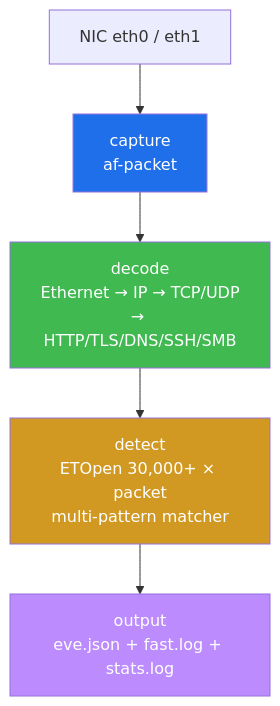
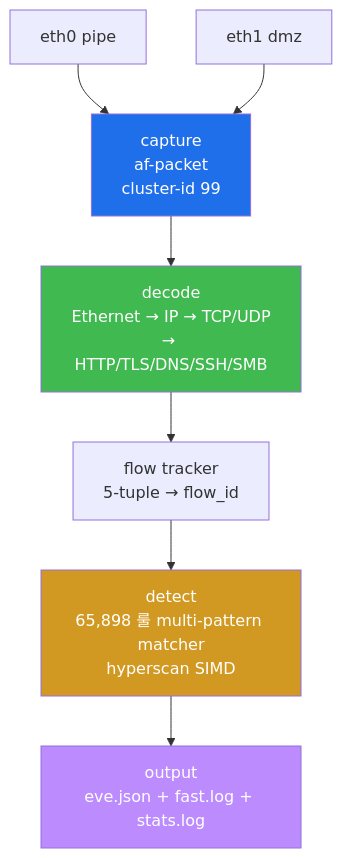
One commit to mrgrit/ccc changed the first of 3 diagrams in contents/standalone/lecture/secuops/week04.md. Above: the diagram before and after it, drawn with Mermaid. The commit also changed other lines of this file and 1 other file, not shown here.

````diff
--- a/contents/standalone/lecture/secuops/week04.md
+++ b/contents/standalone/lecture/secuops/week04.md
@@ -87,16 +140,20 @@
 ```mermaid
 graph TB
-    NIC[NIC eth0 / eth1]
-    CAP[capture<br/>af-packet]
+    NIC0[eth0 pipe]
+    NIC1[eth1 dmz]
+    CAP[capture<br/>af-packet<br/>cluster-id 99]
     DEC[decode<br/>Ethernet → IP → TCP/UDP<br/>→ HTTP/TLS/DNS/SSH/SMB]
-    DET[detect<br/>ETOpen 30,000+ × packet<br/>multi-pattern matcher]
+    FLOW[flow tracker<br/>5-tuple → flow_id]
+    DET[detect<br/>65,898 룰 multi-pattern matcher<br/>hyperscan SIMD]
     OUT[output<br/>eve.json + fast.log + stats.log]
-    NIC --> CAP
+    NIC0 --> CAP
+    NIC1 --> CAP
     CAP --> DEC
-    DEC --> DET
+    DEC --> FLOW
+    FLOW --> DET
     DET --> OUT
     style CAP fill:#1f6feb,color:#fff
     style DEC fill:#3fb950,color:#fff
     style DET fill:#d29922,color:#fff
     style OUT fill:#bc8cff,color:#fff
 ```
````
